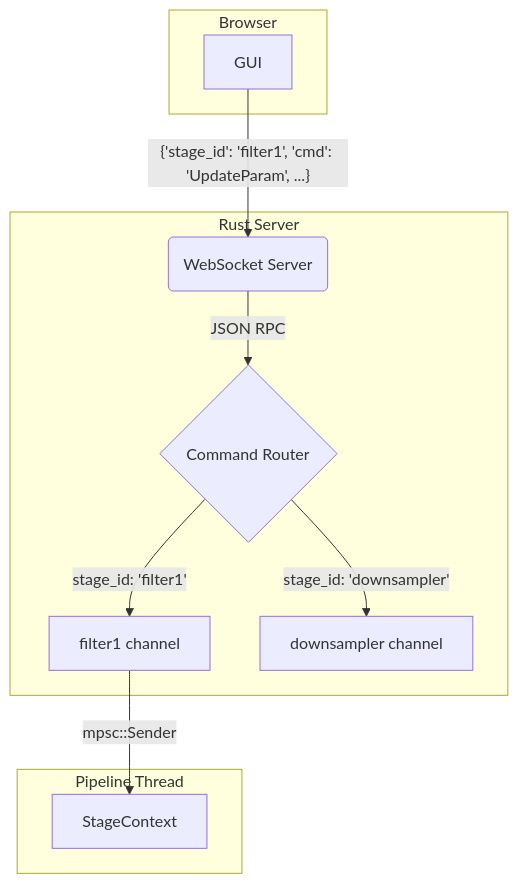
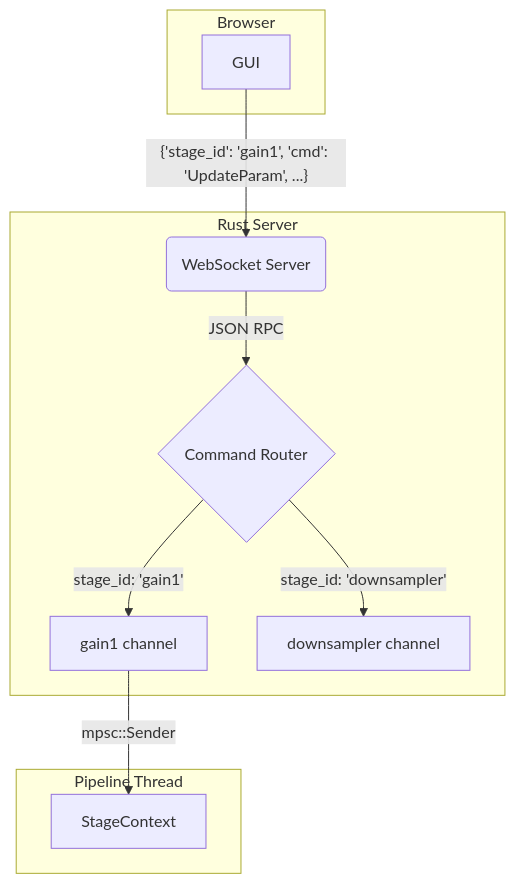
The second of 2 diagrams in todo/unified-pipeline-architecture.md (nickgeoca/elata-eeg), drawn with Mermaid before and after one commit. The commit also changed other lines of this file and 11 other files, not shown here.

````diff
--- a/todo/unified-pipeline-architecture.md
+++ b/todo/unified-pipeline-architecture.md
@@ -172,16 +186,16 @@
 ```mermaid
 graph TD
     subgraph Browser
         A[GUI]
     end
     subgraph Rust Server
         B(WebSocket Server) -- JSON RPC --> C{Command Router};
-        C -- "stage_id: 'filter1'" --> D[filter1 channel];
+        C -- "stage_id: 'gain1'" --> D[gain1 channel];
         C -- "stage_id: 'downsampler'" --> E[downsampler channel];
     end
     subgraph Pipeline Thread
         D -- mpsc::Sender --> F[StageContext];
     end
 
-    A -- "{'stage_id': 'filter1', 'cmd': 'UpdateParam', ...}" --> B;
+    A -- "{'stage_id': 'gain1', 'cmd': 'UpdateParam', ...}" --> B;
 ```
````
